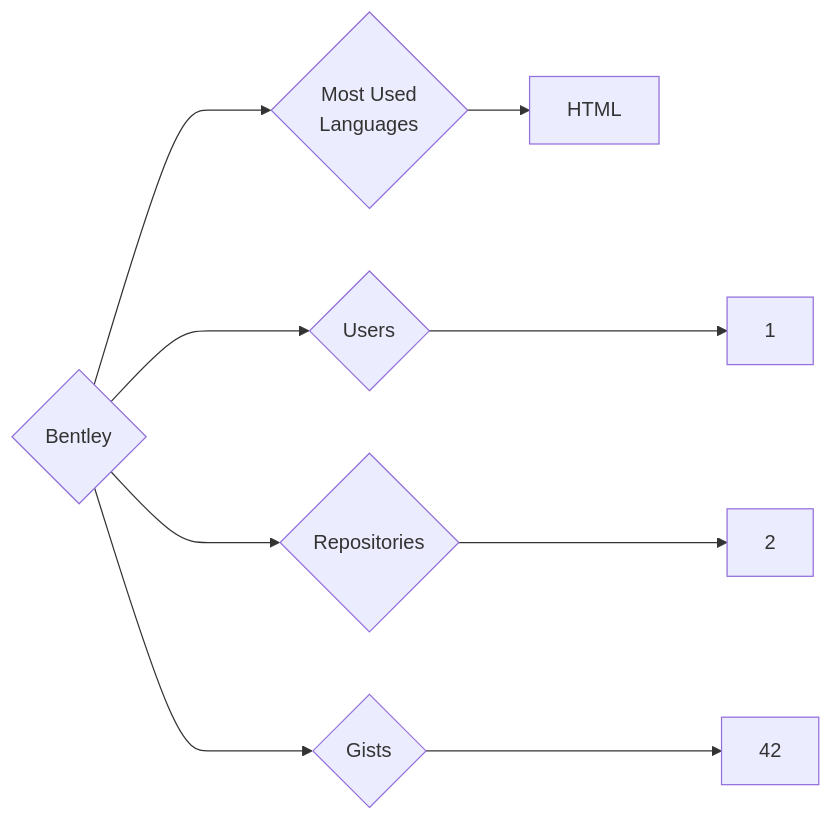
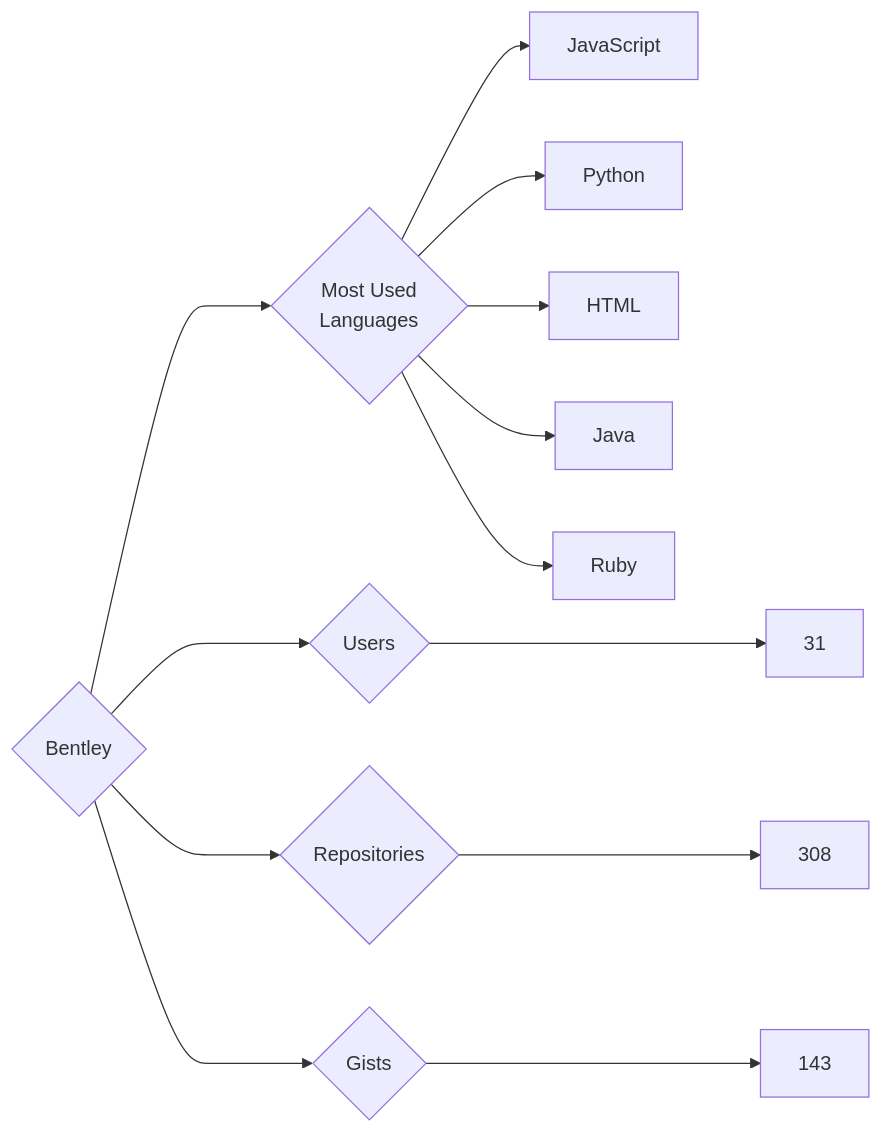
The diagram in targets/Bentley/README.md (trickest/insiders), drawn with Mermaid before and after one commit. The commit also changed 900 other files, not shown here.

````diff
--- a/targets/Bentley/README.md
+++ b/targets/Bentley/README.md
@@ -3,9 +3,13 @@
 ```mermaid
 graph LR
 COMPANY_NAME{Bentley}
-COMPANY_NAME ---> U{Users} ---> UN[1]
-COMPANY_NAME ---> R{Repositories} ---> RN[2]
-COMPANY_NAME ---> G{Gists} ---> GN[42]
+COMPANY_NAME ---> U{Users} ---> UN[31]
+COMPANY_NAME ---> R{Repositories} ---> RN[308]
+COMPANY_NAME ---> G{Gists} ---> GN[143]
 COMPANY_NAME ---> ML{Most Used<br>Languages}
+ML --> JavaScript[JavaScript]
+ML --> Python[Python]
 ML --> HTML[HTML]
+ML --> Java[Java]
+ML --> Ruby[Ruby]
 ```
````
